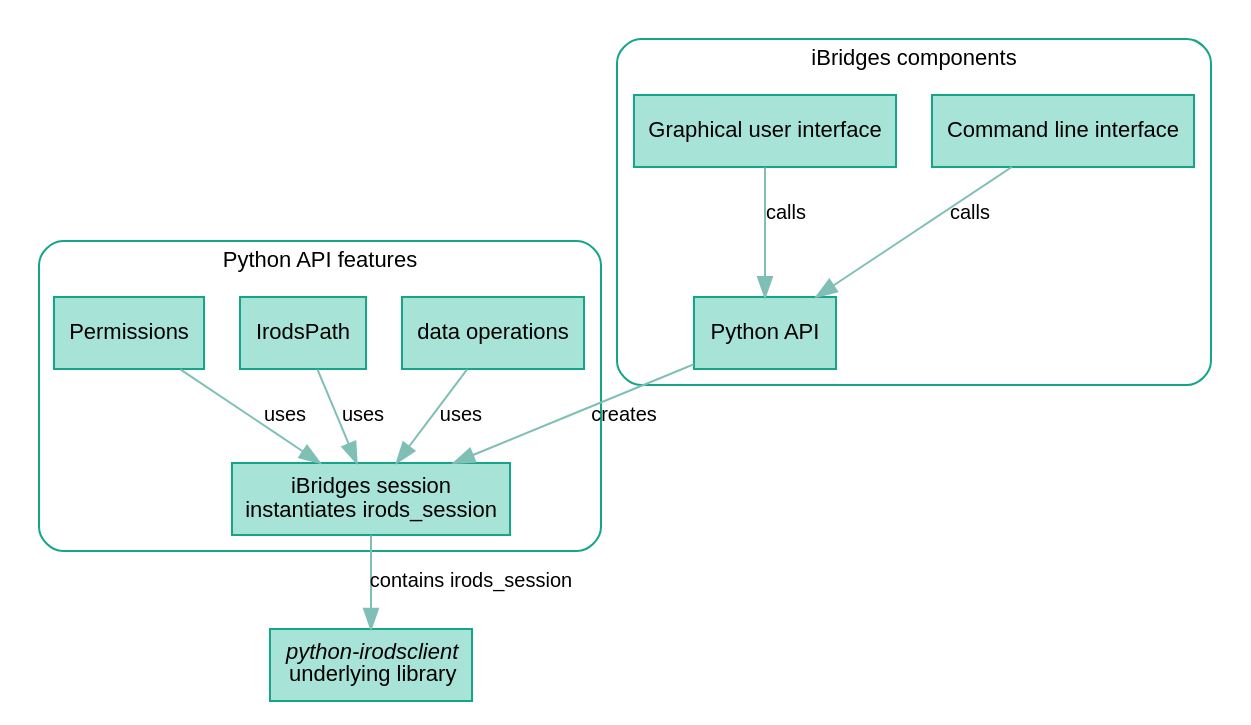
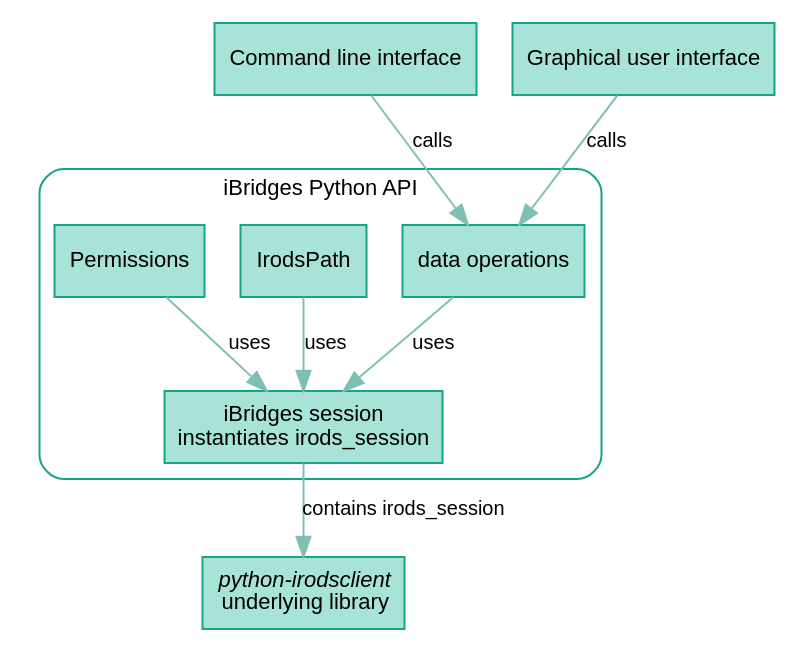
Before and after one commit to iBridges-for-iRODS/iBridges-Training: the second of 2 diagrams in book/slides/pres-introduction.qmd, drawn with Graphviz. The commit also changed other lines of this file and 4 other files, not shown here.

````diff
--- a/book/slides/pres-introduction.qmd
+++ b/book/slides/pres-introduction.qmd
@@ -221,62 +221,51 @@
 ```{dot}
 //| fig-align: center
 
 digraph ibridges_prc {
 
     rankdir=TD;   // top-down layout
 
     graph [fontsize=11, fontname="Arial"];
     node  [
         shape=box,
         style=filled,
         color="#15a589",
         fillcolor="#a8e3d7",
         fontsize=11,
         fontname="Arial"
     ];
     edge [
         fontsize=10,
         fontname="Arial",
         color="#7fbfb5",
         penwidth=1
     ];
 
-    // Cluster for user facing components
-    subgraph cluster_ibridges_ui {
-        label="iBridges components";
-        style=rounded;
-        color="#15a589";
-
-        API      [label="Python API"];
-        CLI      [label="Command line interface"];
-        GUI      [label="Graphical user interface"];
-    }
-
     // Cluster for API features
     subgraph cluster_api_features {
-        label="Python API features";
+        label="iBridges Python API";
         style=rounded;
         color="#15a589";
 
         Session    [label="iBridges session\ninstantiates irods_session"];
         DataOps    [label="data operations"];
         IrodsPath  [label="IrodsPath"];
         Permissions[label="Permissions"];
     }
 
     // python irods client
     PRC [label=<<i>python-irodsclient</i><br/>underlying library>];
-
+    CLI [label="Command line interface"];
+    GUI [label="Graphical user interface"];
     // Relationships between UI components and API
-    CLI -> API [label="calls"];
-    GUI -> API [label="calls"];
+    CLI -> DataOps [label="calls"];
+    GUI -> DataOps [label="calls"];
 
     // Relationships inside API features
-    API       -> Session     [label="creates"];
     DataOps   -> Session     [label="uses"];
     IrodsPath -> Session     [label="uses"];
     Permissions -> Session   [label="uses"];
 
     Session   -> PRC         [label="contains irods_session"];
 }
 ```
````
